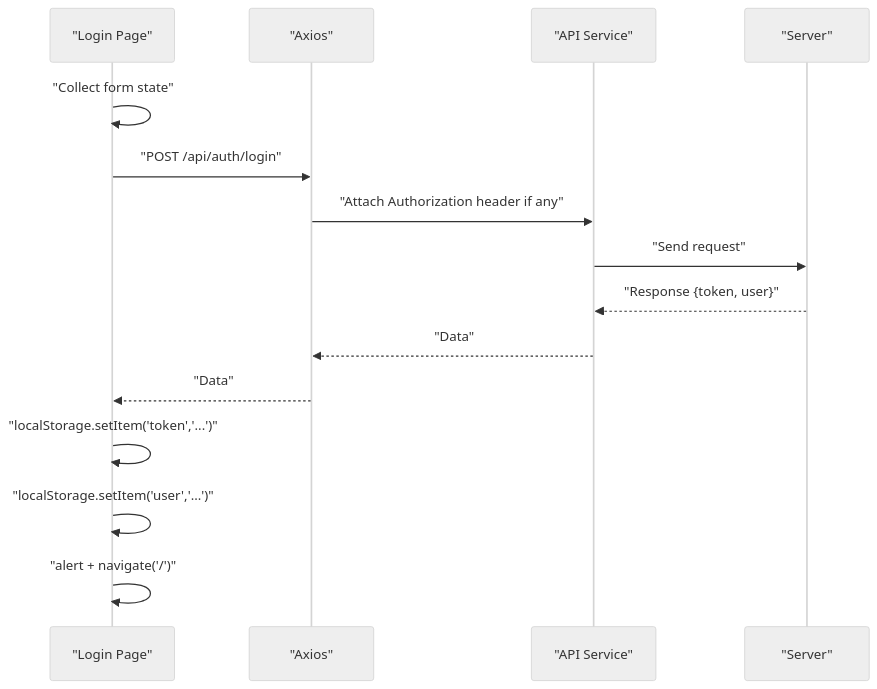
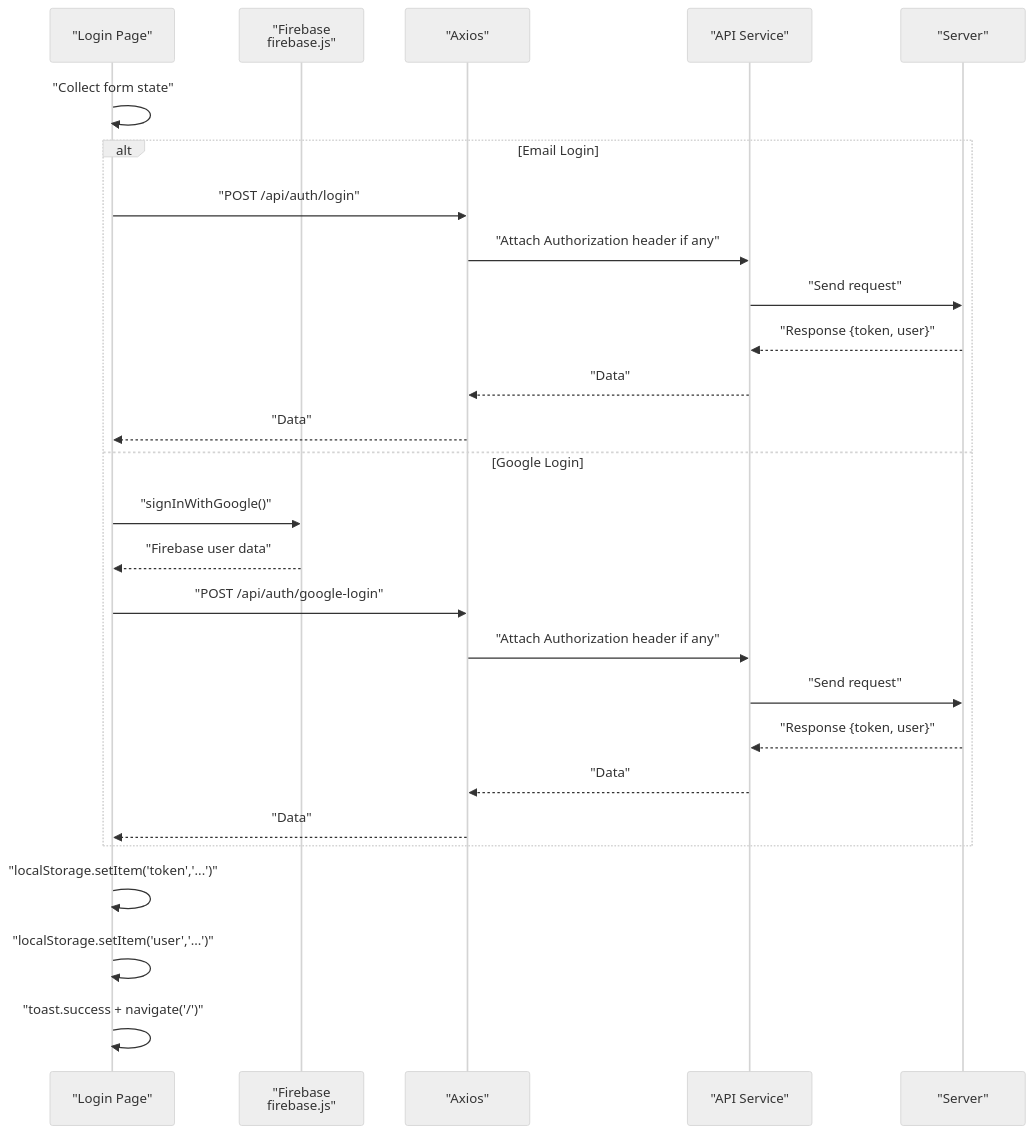
The seventh of 11 diagrams in .qoder/repowiki/en/content/Authentication & Authorization/Login & Registration Process.md (Pavan-PSPK9032/TrendsandToss), drawn with Mermaid (neutral theme) before and after one commit. The commit also changed other lines of this file and 5 other files, not shown here.

````diff
--- a/.qoder/repowiki/en/content/Authentication & Authorization/Login & Registration Process.md
+++ b/.qoder/repowiki/en/content/Authentication & Authorization/Login & Registration Process.md
@@ -285,17 +352,29 @@
 ```mermaid
 sequenceDiagram
 participant P as "Login Page"
+participant F as "Firebase<br/>firebase.js"
 participant AX as "Axios"
 participant API as "API Service"
 participant SRV as "Server"
 P->>P : "Collect form state"
+alt Email Login
 P->>AX : "POST /api/auth/login"
 AX->>API : "Attach Authorization header if any"
 API->>SRV : "Send request"
 SRV-->>API : "Response {token, user}"
 API-->>AX : "Data"
 AX-->>P : "Data"
+else Google Login
+P->>F : "signInWithGoogle()"
+F-->>P : "Firebase user data"
+P->>AX : "POST /api/auth/google-login"
+AX->>API : "Attach Authorization header if any"
+API->>SRV : "Send request"
+SRV-->>API : "Response {token, user}"
+API-->>AX : "Data"
+AX-->>P : "Data"
+end
 P->>P : "localStorage.setItem('token','...')"
 P->>P : "localStorage.setItem('user','...')"
-P->>P : "alert + navigate('/')"
+P->>P : "toast.success + navigate('/')"
 ```
````
